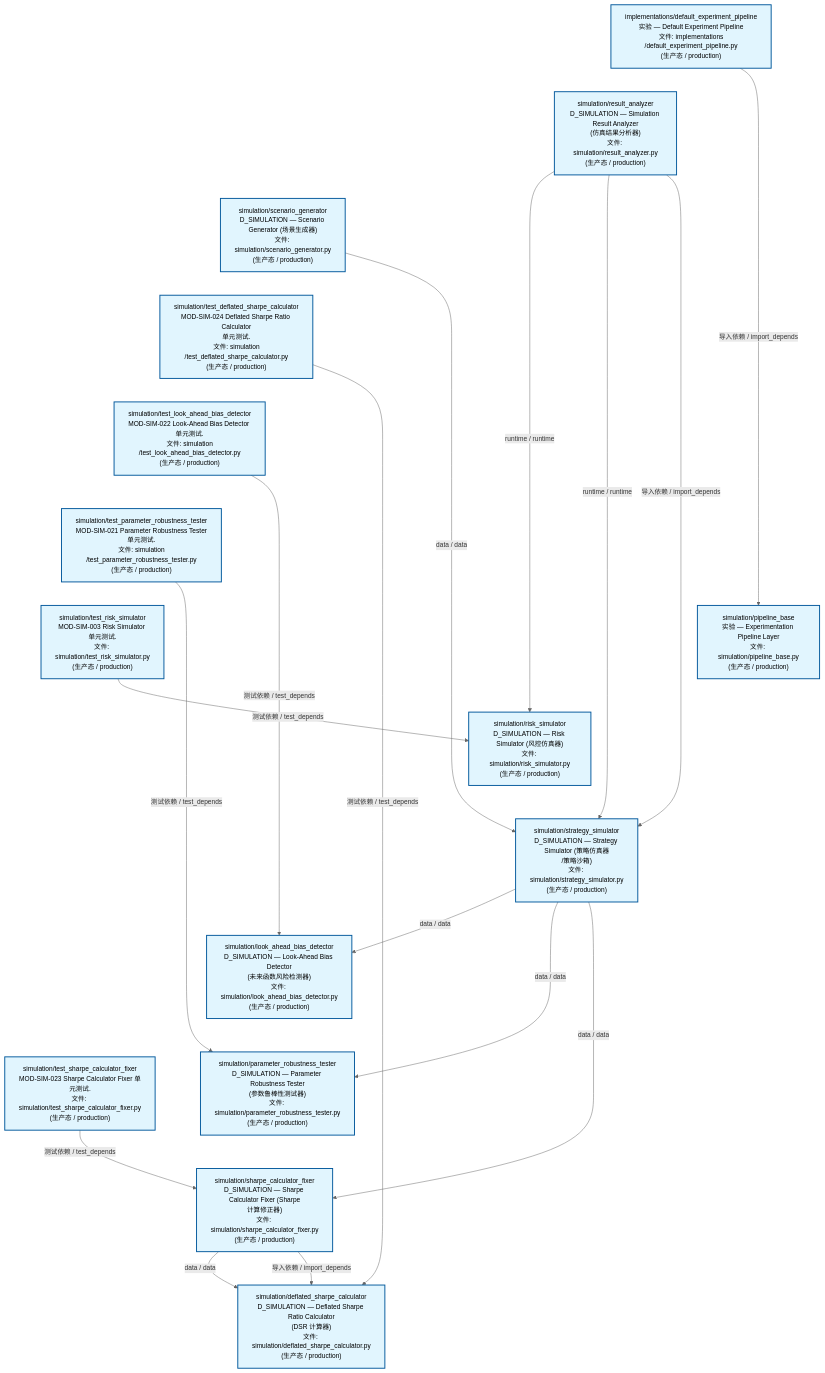
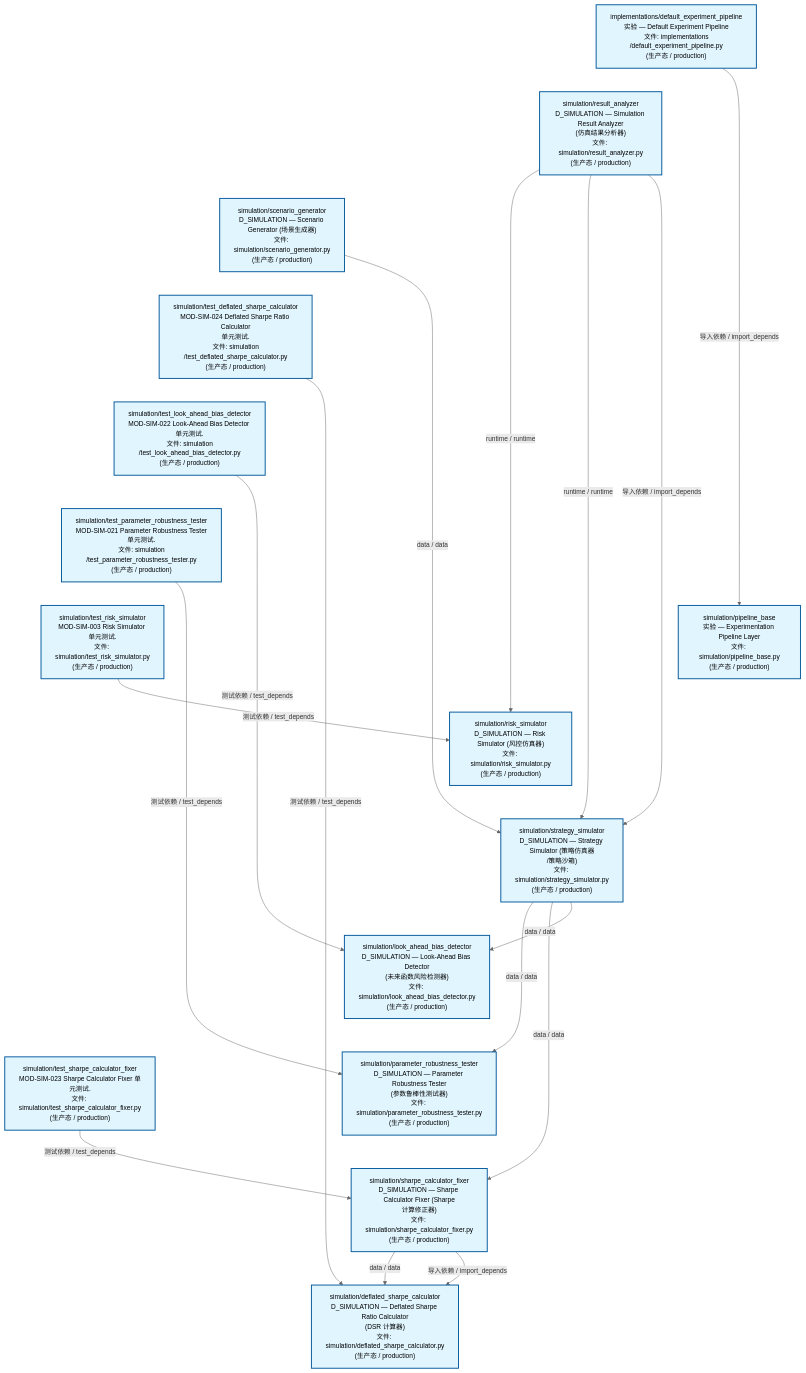
One commit to xuanFelixVan/ZephyrAlpha changed the second of 3 diagrams in docs/02_enterprise_architecture/02_domain_architecture_docs/70_d_simulation.md. Above: the diagram before and after it, drawn with Mermaid. The commit also changed other lines of this file and 47 other files, not shown here.

````diff
--- a/docs/02_enterprise_architecture/02_domain_architecture_docs/70_d_simulation.md
+++ b/docs/02_enterprise_architecture/02_domain_architecture_docs/70_d_simulation.md
@@ -123,50 +123,50 @@
 ```mermaid
 %%{init: {'theme': 'base', 'themeVariables': {'primaryColor': '#eaeaea', 'primaryTextColor': '#333333', 'primaryBorderColor': '#666666', 'lineColor': '#666666', 'secondaryColor': '#eaeaea', 'tertiaryColor': '#eaeaea', 'fontSize': '14px'}}}%%
 flowchart TD
     src_zephyr_simulation_implementations_default_experiment_pipeline_py["implementations/default_experiment_pipeline<br/>实验 — Default Experiment Pipeline<br/>文件: implementations<br/>/default_experiment_pipeline.py<br/>(生产态 / production)"]
     src_zephyr_simulation_result_analyzer_py["simulation/result_analyzer<br/>D_SIMULATION — Simulation Result Analyzer<br/>(仿真结果分析器)<br/>文件: simulation/result_analyzer.py<br/>(生产态 / production)"]
     src_zephyr_simulation_scenario_generator_py["simulation/scenario_generator<br/>D_SIMULATION — Scenario Generator (场景生成器)<br/>文件: simulation/scenario_generator.py<br/>(生产态 / production)"]
     tests_simulation_test_deflated_sharpe_calculator_py["simulation/test_deflated_sharpe_calculator<br/>MOD-SIM-024 Deflated Sharpe Ratio Calculator<br/>单元测试.<br/>文件: simulation<br/>/test_deflated_sharpe_calculator.py<br/>(生产态 / production)"]
     tests_simulation_test_look_ahead_bias_detector_py["simulation/test_look_ahead_bias_detector<br/>MOD-SIM-022 Look-Ahead Bias Detector 单元测试.<br/>文件: simulation<br/>/test_look_ahead_bias_detector.py<br/>(生产态 / production)"]
     tests_simulation_test_parameter_robustness_tester_py["simulation/test_parameter_robustness_tester<br/>MOD-SIM-021 Parameter Robustness Tester<br/>单元测试.<br/>文件: simulation<br/>/test_parameter_robustness_tester.py<br/>(生产态 / production)"]
     tests_simulation_test_risk_simulator_py["simulation/test_risk_simulator<br/>MOD-SIM-003 Risk Simulator 单元测试.<br/>文件: simulation/test_risk_simulator.py<br/>(生产态 / production)"]
     tests_simulation_test_sharpe_calculator_fixer_py["simulation/test_sharpe_calculator_fixer<br/>MOD-SIM-023 Sharpe Calculator Fixer 单元测试.<br/>文件: simulation/test_sharpe_calculator_fixer.py<br/>(生产态 / production)"]
     src_zephyr_simulation_implementations_default_experiment_pipeline_py ~~~ src_zephyr_simulation_result_analyzer_py
     src_zephyr_simulation_result_analyzer_py ~~~ src_zephyr_simulation_scenario_generator_py
     src_zephyr_simulation_scenario_generator_py ~~~ tests_simulation_test_deflated_sharpe_calculator_py
     tests_simulation_test_deflated_sharpe_calculator_py ~~~ tests_simulation_test_look_ahead_bias_detector_py
     tests_simulation_test_look_ahead_bias_detector_py ~~~ tests_simulation_test_parameter_robustness_tester_py
     tests_simulation_test_parameter_robustness_tester_py ~~~ tests_simulation_test_risk_simulator_py
     tests_simulation_test_risk_simulator_py ~~~ tests_simulation_test_sharpe_calculator_fixer_py
     src_zephyr_simulation_pipeline_base_py["simulation/pipeline_base<br/>实验 — Experimentation Pipeline Layer<br/>文件: simulation/pipeline_base.py<br/>(生产态 / production)"]
     src_zephyr_simulation_risk_simulator_py["simulation/risk_simulator<br/>D_SIMULATION — Risk Simulator (风控仿真器)<br/>文件: simulation/risk_simulator.py<br/>(生产态 / production)"]
     src_zephyr_simulation_strategy_simulator_py["simulation/strategy_simulator<br/>D_SIMULATION — Strategy Simulator (策略仿真器<br/>/策略沙箱)<br/>文件: simulation/strategy_simulator.py<br/>(生产态 / production)"]
     src_zephyr_simulation_pipeline_base_py ~~~ src_zephyr_simulation_risk_simulator_py
     src_zephyr_simulation_risk_simulator_py ~~~ src_zephyr_simulation_strategy_simulator_py
     src_zephyr_simulation_look_ahead_bias_detector_py["simulation/look_ahead_bias_detector<br/>D_SIMULATION — Look-Ahead Bias Detector<br/>(未来函数风险检测器)<br/>文件: simulation/look_ahead_bias_detector.py<br/>(生产态 / production)"]
     src_zephyr_simulation_parameter_robustness_tester_py["simulation/parameter_robustness_tester<br/>D_SIMULATION — Parameter Robustness Tester<br/>(参数鲁棒性测试器)<br/>文件: simulation/parameter_robustness_tester.py<br/>(生产态 / production)"]
     src_zephyr_simulation_sharpe_calculator_fixer_py["simulation/sharpe_calculator_fixer<br/>D_SIMULATION — Sharpe Calculator Fixer (Sharpe<br/>计算修正器)<br/>文件: simulation/sharpe_calculator_fixer.py<br/>(生产态 / production)"]
     src_zephyr_simulation_look_ahead_bias_detector_py ~~~ src_zephyr_simulation_parameter_robustness_tester_py
     src_zephyr_simulation_parameter_robustness_tester_py ~~~ src_zephyr_simulation_sharpe_calculator_fixer_py
     src_zephyr_simulation_deflated_sharpe_calculator_py["simulation/deflated_sharpe_calculator<br/>D_SIMULATION — Deflated Sharpe Ratio Calculator<br/>(DSR 计算器)<br/>文件: simulation/deflated_sharpe_calculator.py<br/>(生产态 / production)"]
     src_zephyr_simulation_result_analyzer_py -->|runtime / runtime| src_zephyr_simulation_risk_simulator_py
     src_zephyr_simulation_result_analyzer_py -->|runtime / runtime| src_zephyr_simulation_strategy_simulator_py
     src_zephyr_simulation_result_analyzer_py -->|导入依赖 / import_depends| src_zephyr_simulation_strategy_simulator_py
-    src_zephyr_simulation_strategy_simulator_py -->|data / data| src_zephyr_simulation_look_ahead_bias_detector_py
-    src_zephyr_simulation_strategy_simulator_py -->|data / data| src_zephyr_simulation_parameter_robustness_tester_py
-    src_zephyr_simulation_strategy_simulator_py -->|data / data| src_zephyr_simulation_sharpe_calculator_fixer_py
+    src_zephyr_simulation_scenario_generator_py -->|data / data| src_zephyr_simulation_strategy_simulator_py
     src_zephyr_simulation_sharpe_calculator_fixer_py -->|data / data| src_zephyr_simulation_deflated_sharpe_calculator_py
     src_zephyr_simulation_sharpe_calculator_fixer_py -->|导入依赖 / import_depends| src_zephyr_simulation_deflated_sharpe_calculator_py
     src_zephyr_simulation_implementations_default_experiment_pipeline_py -->|导入依赖 / import_depends| src_zephyr_simulation_pipeline_base_py
-    src_zephyr_simulation_scenario_generator_py -->|data / data| src_zephyr_simulation_strategy_simulator_py
+    src_zephyr_simulation_strategy_simulator_py -->|data / data| src_zephyr_simulation_parameter_robustness_tester_py
+    src_zephyr_simulation_strategy_simulator_py -->|data / data| src_zephyr_simulation_sharpe_calculator_fixer_py
+    src_zephyr_simulation_strategy_simulator_py -->|data / data| src_zephyr_simulation_look_ahead_bias_detector_py
+    tests_simulation_test_look_ahead_bias_detector_py -->|测试依赖 / test_depends| src_zephyr_simulation_look_ahead_bias_detector_py
     tests_simulation_test_deflated_sharpe_calculator_py -->|测试依赖 / test_depends| src_zephyr_simulation_deflated_sharpe_calculator_py
+    tests_simulation_test_sharpe_calculator_fixer_py -->|测试依赖 / test_depends| src_zephyr_simulation_sharpe_calculator_fixer_py
+    tests_simulation_test_risk_simulator_py -->|测试依赖 / test_depends| src_zephyr_simulation_risk_simulator_py
     tests_simulation_test_parameter_robustness_tester_py -->|测试依赖 / test_depends| src_zephyr_simulation_parameter_robustness_tester_py
-    tests_simulation_test_risk_simulator_py -->|测试依赖 / test_depends| src_zephyr_simulation_risk_simulator_py
-    tests_simulation_test_look_ahead_bias_detector_py -->|测试依赖 / test_depends| src_zephyr_simulation_look_ahead_bias_detector_py
-    tests_simulation_test_sharpe_calculator_fixer_py -->|测试依赖 / test_depends| src_zephyr_simulation_sharpe_calculator_fixer_py
     classDef production fill:#e1f5fe,stroke:#01579b,stroke-width:2px,color:#000
     classDef design fill:#fff3e0,stroke:#e65100,stroke-width:2px,color:#000,stroke-dasharray: 5 5
     classDef external_prod fill:#e8f4fd,stroke:#0277bd,stroke-width:1px,color:#000
     classDef external_design fill:#fff8e7,stroke:#ef6c00,stroke-width:1px,color:#000,stroke-dasharray: 5 5
     class src_zephyr_simulation_deflated_sharpe_calculator_py,src_zephyr_simulation_implementations_default_experiment_pipeline_py,src_zephyr_simulation_look_ahead_bias_detector_py,src_zephyr_simulation_parameter_robustness_tester_py,src_zephyr_simulation_pipeline_base_py,src_zephyr_simulation_result_analyzer_py,src_zephyr_simulation_risk_simulator_py,src_zephyr_simulation_scenario_generator_py,src_zephyr_simulation_sharpe_calculator_fixer_py,src_zephyr_simulation_strategy_simulator_py,tests_simulation_test_deflated_sharpe_calculator_py,tests_simulation_test_look_ahead_bias_detector_py,tests_simulation_test_parameter_robustness_tester_py,tests_simulation_test_risk_simulator_py,tests_simulation_test_sharpe_calculator_fixer_py production
 ```
````
